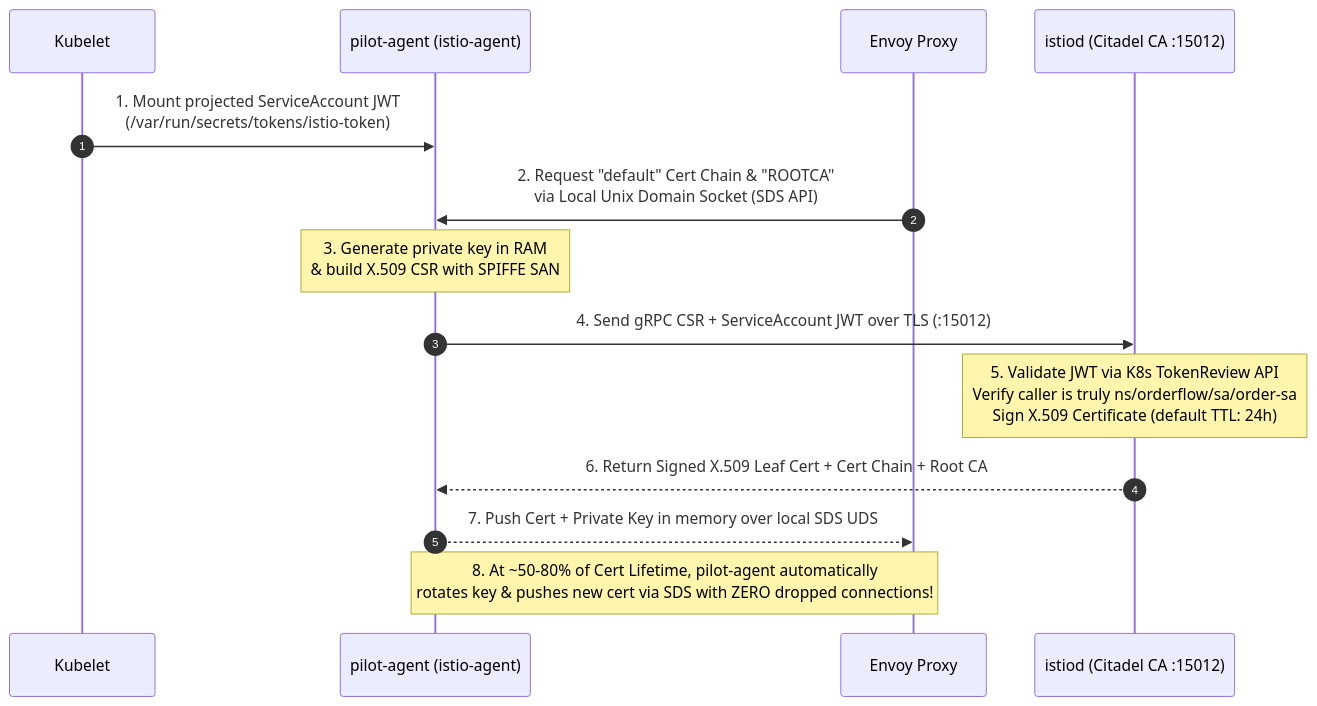
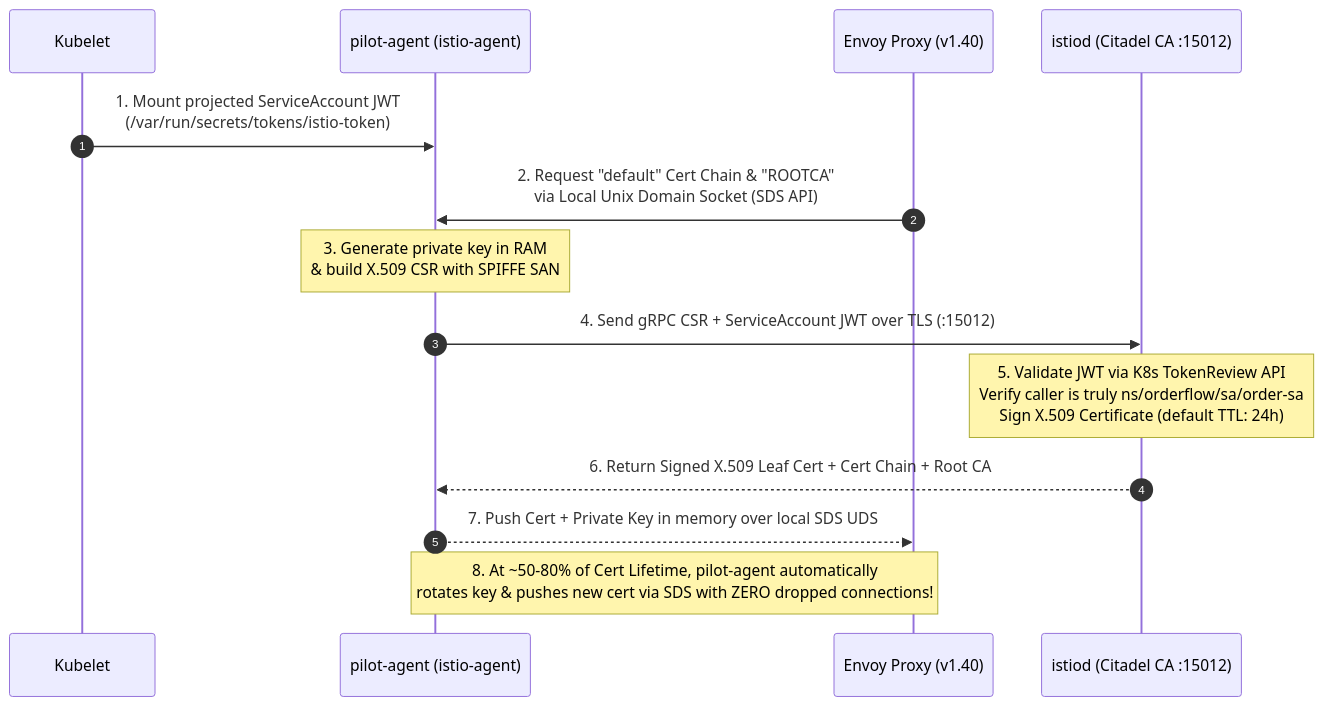
The first of 2 diagrams in 04-security-mtls-and-authz/README.md (chan3845/Istio), drawn with Mermaid before and after one commit. The commit also changed other lines of this file and 56 other files, not shown here.

````diff
--- a/04-security-mtls-and-authz/README.md
+++ b/04-security-mtls-and-authz/README.md
@@ -48,17 +38,17 @@
 ```mermaid
 sequenceDiagram
     autonumber
     participant Kubelet as Kubelet
     participant Agent as pilot-agent (istio-agent)
-    participant Envoy as Envoy Proxy
+    participant Envoy as Envoy Proxy (v1.40)
     participant Istiod as istiod (Citadel CA :15012)
 
     Kubelet->>Agent: 1. Mount projected ServiceAccount JWT<br/>(/var/run/secrets/tokens/istio-token)
     Envoy->>Agent: 2. Request "default" Cert Chain & "ROOTCA"<br/>via Local Unix Domain Socket (SDS API)
     Note over Agent: 3. Generate private key in RAM<br/>& build X.509 CSR with SPIFFE SAN
     Agent->>Istiod: 4. Send gRPC CSR + ServiceAccount JWT over TLS (:15012)
     Note over Istiod: 5. Validate JWT via K8s TokenReview API<br/>Verify caller is truly ns/orderflow/sa/order-sa<br/>Sign X.509 Certificate (default TTL: 24h)
     Istiod-->>Agent: 6. Return Signed X.509 Leaf Cert + Cert Chain + Root CA
     Agent-->>Envoy: 7. Push Cert + Private Key in memory over local SDS UDS
     Note over Agent,Envoy: 8. At ~50-80% of Cert Lifetime, pilot-agent automatically<br/>rotates key & pushes new cert via SDS with ZERO dropped connections!
 ```
````
